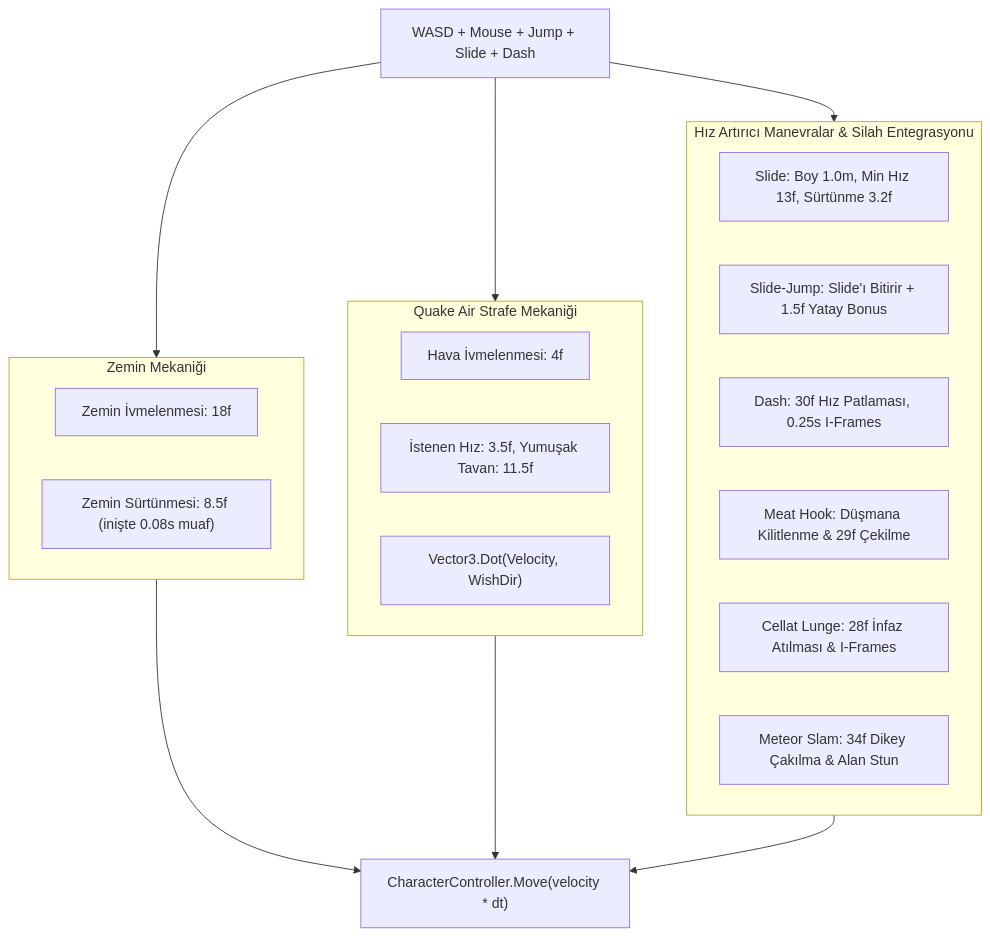
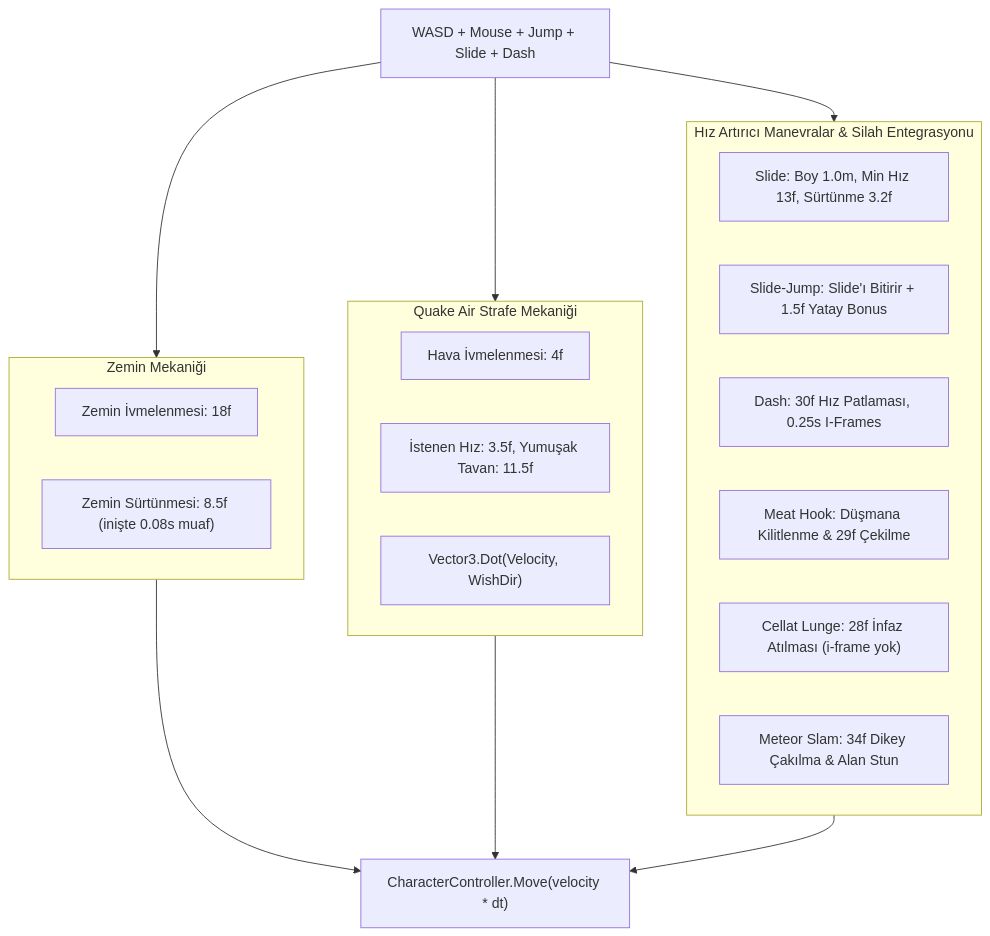
Before and after one commit to HazmaK/Graduation-Project: the diagram in documentation/retro-fps/PlayerMovementArchitecture.md, drawn with Mermaid. The commit also changed other lines of this file and 53 other files, not shown here.

````diff
--- a/documentation/retro-fps/PlayerMovementArchitecture.md
+++ b/documentation/retro-fps/PlayerMovementArchitecture.md
@@ -23,29 +23,29 @@
 ```mermaid
 flowchart TD
     Girdi["WASD + Mouse + Jump + Slide + Dash"]
     
     subgraph ZEMIN_FIZIGI["Zemin Mekaniği"]
         Acc["Zemin İvmelenmesi: 18f"]
         Fric["Zemin Sürtünmesi: 8.5f (inişte 0.08s muaf)"]
     end
     
     subgraph HAVA_FIZIGI["Quake Air Strafe Mekaniği"]
         AirAcc["Hava İvmelenmesi: 4f"]
         WishSpeed["İstenen Hız: 3.5f, Yumuşak Tavan: 11.5f"]
         DotProduct["Vector3.Dot(Velocity, WishDir)"]
     end
     
     subgraph AKROBASI["Hız Artırıcı Manevralar & Silah Entegrasyonu"]
         Slide["Slide: Boy 1.0m, Min Hız 13f, Sürtünme 3.2f"]
         SlideJump["Slide-Jump: Slide'ı Bitirir + 1.5f Yatay Bonus"]
         Dash["Dash: 30f Hız Patlaması, 0.25s I-Frames"]
         Hook["Meat Hook: Düşmana Kilitlenme & 29f Çekilme"]
-        Lunge["Cellat Lunge: 28f İnfaz Atılması & I-Frames"]
+        Lunge["Cellat Lunge: 28f İnfaz Atılması (i-frame yok)"]
         Slam["Meteor Slam: 34f Dikey Çakılma & Alan Stun"]
     end
     
     Girdi --> ZEMIN_FIZIGI & HAVA_FIZIGI & AKROBASI
     ZEMIN_FIZIGI --> SonucHiz["CharacterController.Move(velocity * dt)"]
     HAVA_FIZIGI --> SonucHiz
     AKROBASI --> SonucHiz
 ```
````
